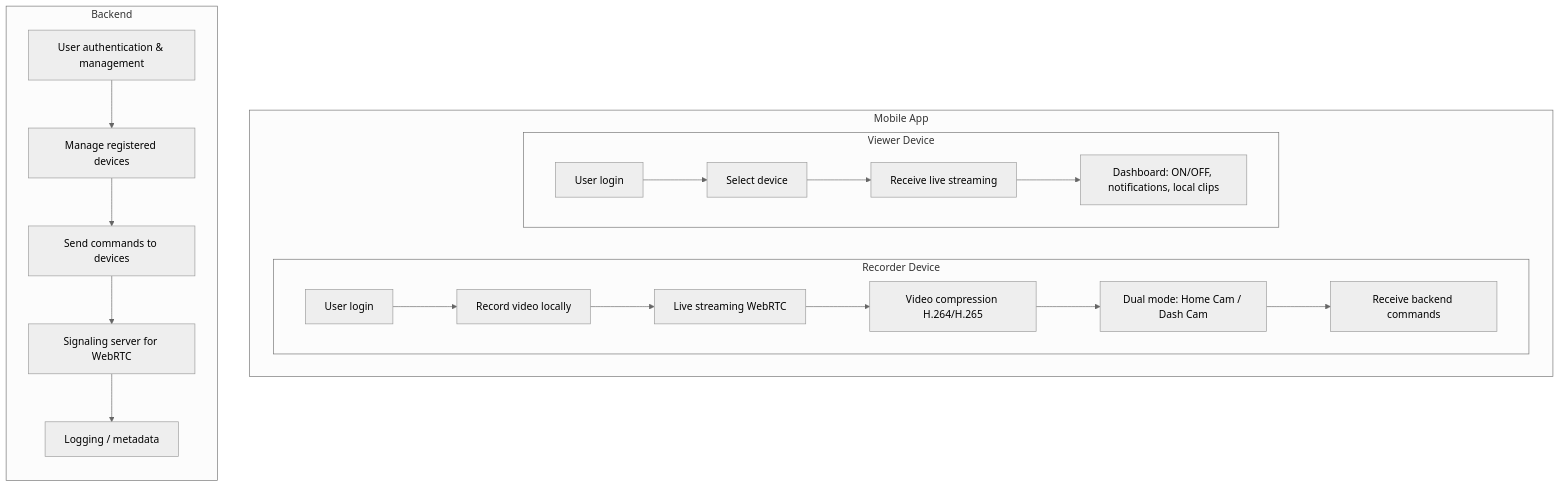
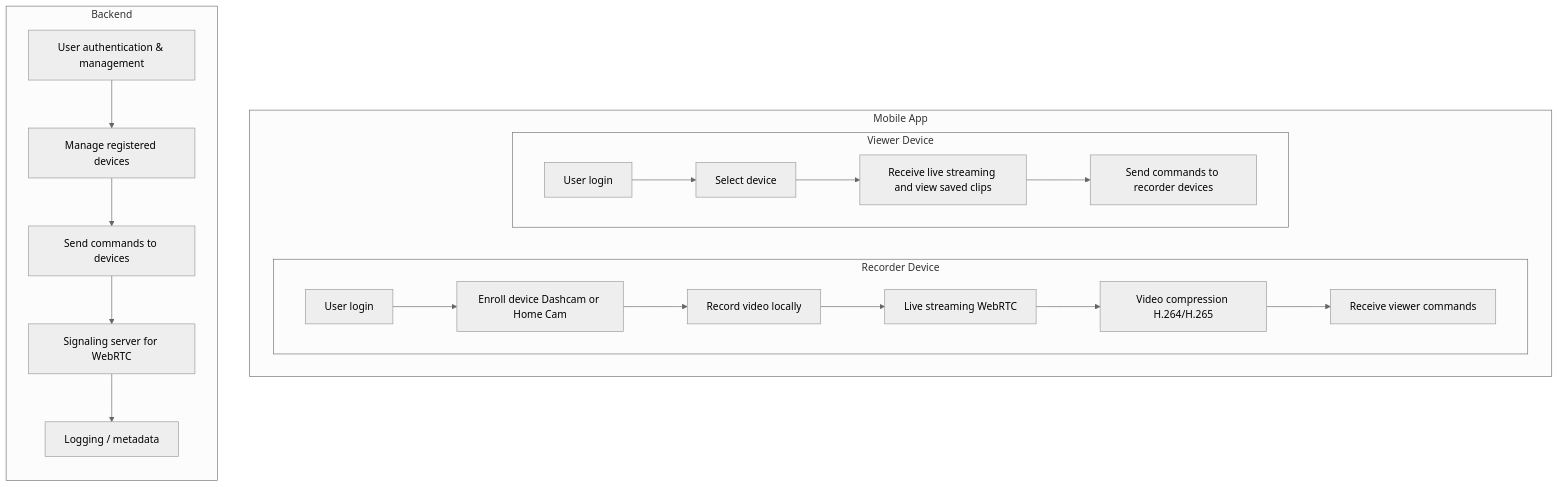
Before and after one commit to simonediberardino/HomeDriveCamFlutter: the diagram in README.md, drawn with Mermaid (neutral theme).

Commit message:
Update flowchart for device interactions in README

````diff
--- a/README.md
+++ b/README.md
@@ -40,38 +40,38 @@
 ```mermaid
 
 flowchart TB
     direction TB
 
     subgraph Mobile App
         direction LR
         subgraph Recorder Device
             direction LR
             A0[User login]
-            A1[Record video locally]
-            A2[Live streaming WebRTC]
-            A3[Video compression H.264/H.265]
-            A4[Dual mode: Home Cam / Dash Cam]
-            A5[Receive backend commands]
+            A1[Enroll device Dashcam or Home Cam]
+            A2[Record video locally]
+            A3[Live streaming WebRTC]
+            A4[Video compression H.264/H.265]
+            A5[Receive viewer commands]
             A0 --> A1 --> A2 --> A3 --> A4 --> A5
         end
 
         subgraph Viewer Device
             direction LR
             C1[User login]
             C2[Select device]
-            C3[Receive live streaming]
-            C4[Dashboard: ON/OFF, notifications, local clips]
+            C3[Receive live streaming and view saved clips]
+            C4[Send commands to recorder devices]
             C1 --> C2 --> C3 --> C4
         end
     end
 
     subgraph Backend
         direction TB
         B1[User authentication & management]
         B2[Manage registered devices]
         B3[Send commands to devices]
         B4[Signaling server for WebRTC]
         B5[Logging / metadata]
         B1 --> B2 --> B3 --> B4 --> B5
     end
 ```
````
